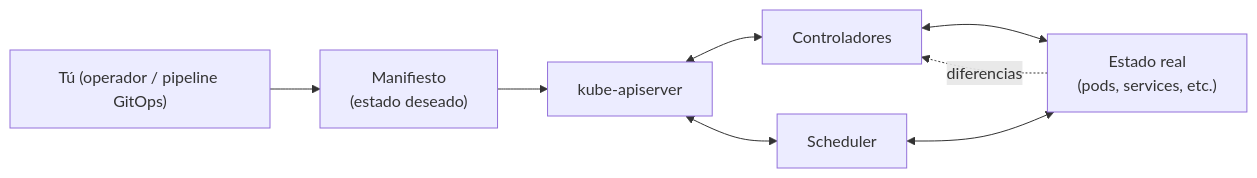
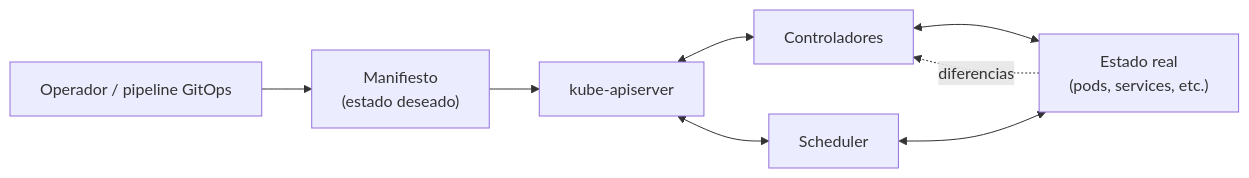
One commit to namaja20/curso-kubernetes-kafka changed the diagram in bloque-1-kubernetes/fundamentos/03-orquestacion.md. Above: the diagram before and after it, drawn with Mermaid. The commit also changed other lines of this file and 19 other files, not shown here.

````diff
--- a/bloque-1-kubernetes/fundamentos/03-orquestacion.md
+++ b/bloque-1-kubernetes/fundamentos/03-orquestacion.md
@@ -93,16 +87,16 @@
 ```mermaid
 flowchart LR
-    user["Tú (operador / pipeline GitOps)"]
+    user["Operador / pipeline GitOps"]
     yaml["Manifiesto<br/>(estado deseado)"]
     api["kube-apiserver"]
     ctrl["Controladores"]
     sched["Scheduler"]
     real["Estado real<br/>(pods, services, etc.)"]
 
     user --> yaml --> api
     api <--> ctrl
     api <--> sched
     ctrl <--> real
     sched <--> real
     real -. diferencias .-> ctrl
 ```
````
